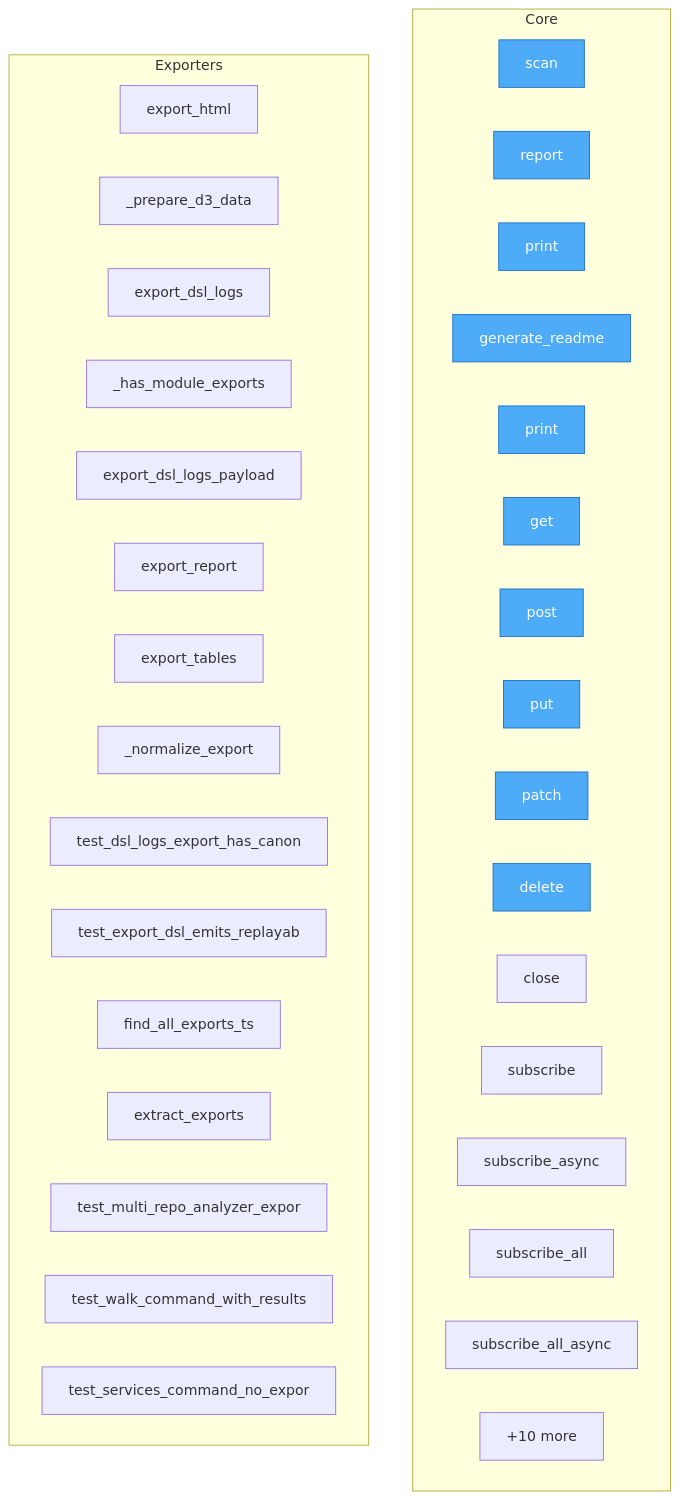
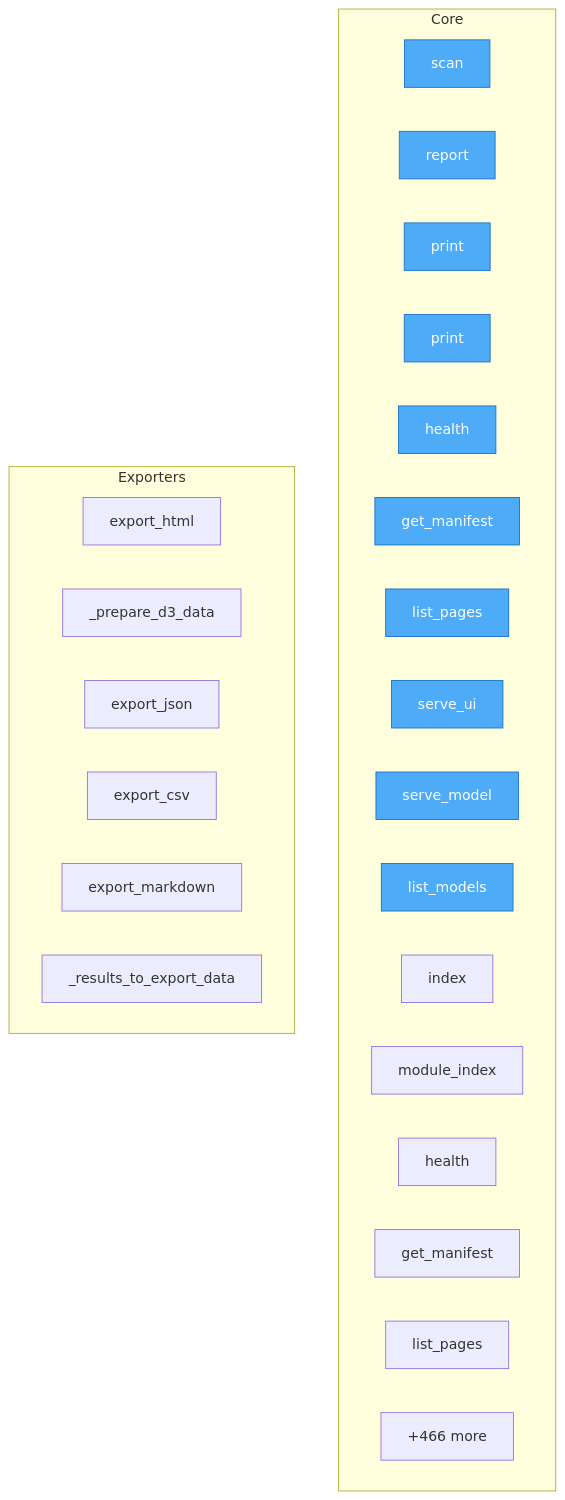
One commit to semcod/resplit changed the diagram in project/flow.mmd. Above: the diagram before and after it, drawn with Mermaid. The commit also changed 38 other files, not shown here.

```diff
--- a/project/flow.mmd
+++ b/project/flow.mmd
@@ -1,45 +1,35 @@
 flowchart TD
-%% generated in 0.03s
+%% generated in 0.01s
 
     %% Entry points (blue)
     classDef entry fill:#4dabf7,stroke:#1971c2,color:#fff
 
     subgraph Core
         docs__guide__plugins__scan["scan"]
         docs__guide__plugins__report["report"]
         docs__guide__plugins__print["print"]
-        docs__README__generate_readme["generate_readme"]
         docs__getting_started__configuration__print["print"]
-        rebuild__infrastructure__http_adapter__HttpAdapter__get["get"]
-        rebuild__infrastructure__http_adapter__HttpAdapter__post["post"]
-        rebuild__infrastructure__http_adapter__HttpAdapter__put["put"]
-        rebuild__infrastructure__http_adapter__HttpAdapter__patch["patch"]
-        rebuild__infrastructure__http_adapter__HttpAdapter__delete["delete"]
-        rebuild__infrastructure__http_adapter__HttpAdapter__close["close"]
-        rebuild__infrastructure__event_bus__EventBus__subscribe["subscribe"]
-        rebuild__infrastructure__event_bus__EventBus__subscribe_async["subscribe_async"]
-        rebuild__infrastructure__event_bus__EventBus__subscribe_all["subscribe_all"]
-        rebuild__infrastructure__event_bus__EventBus__subscribe_all_async["subscribe_all_async"]
-        ...["+3582 more"]
+        restored_c2004_health__api_health__backend__modules__connect_config_network__api__main__health["health"]
+        restored_c2004_health__api_health__backend__modules__connect_config_network__api__main__get_manifest["get_manifest"]
+        restored_c2004_health__api_health__backend__modules__connect_config_network__api__main__list_pages["list_pages"]
+        restored_c2004_health__api_health__backend__modules__connect_config_network__api__main__serve_ui["serve_ui"]
+        restored_c2004_health__api_health__backend__modules__connect_config_network__api__main__serve_model["serve_model"]
+        restored_c2004_health__api_health__backend__modules__connect_config_network__api__main__list_models["list_models"]
+        restored_c2004_health__api_health__backend__modules__connect_config_network__api__main__index["index"]
+        restored_c2004_health__api_health__backend__modules__connect_config_network__api__main__module_index["module_index"]
+        restored_c2004_health__api_health__backend__modules__connect_id_user_list__api__main__health["health"]
+        restored_c2004_health__api_health__backend__modules__connect_id_user_list__api__main__get_manifest["get_manifest"]
+        restored_c2004_health__api_health__backend__modules__connect_id_user_list__api__main__list_pages["list_pages"]
+        ...["+466 more"]
     end
 
     subgraph Exporters
         rebuild__analysis__graph_exporter__GraphExporter__export_html["export_html"]
         rebuild__analysis__graph_exporter__GraphExporter___prepare_d3_data["_prepare_d3_data"]
-        SUMD__export_dsl_logs["export_dsl_logs"]
-        SUMD___has_module_exports["_has_module_exports"]
-        SUMD__export_dsl_logs_payload["export_dsl_logs_payload"]
-        SUMD__export_report["export_report"]
-        SUMD__export_tables["export_tables"]
-        SUMD___normalize_export["_normalize_export"]
-        SUMD__test_dsl_logs_export_has_canonical_logs_route_and_dsl_alias["test_dsl_logs_export_has_canon"]
-        SUMD__test_export_dsl_emits_replayable_api_lines_and_comments_unknown_entries["test_export_dsl_emits_replayab"]
-        SUMD__find_all_exports_ts["find_all_exports_ts"]
-        SUMD__extract_exports["extract_exports"]
-        SUMD__test_multi_repo_analyzer_export_json["test_multi_repo_analyzer_expor"]
-        SUMD__test_walk_command_with_results_generates_exports["test_walk_command_with_results"]
-        SUMD__test_services_command_no_export["test_services_command_no_expor"]
-        ...["+10 more"]
+        rebuild__analysis__service_graph__MultiRepoAnalyzer__export_json["export_json"]
+        rebuild__application__services__reporting__reporter__ReporterService__export_csv["export_csv"]
+        rebuild__application__services__reporting__reporter__ReporterService__export_markdown["export_markdown"]
+        rebuild__application__services__reporting__reporter__ReporterService___results_to_export_data["_results_to_export_data"]
     end
 
-    class docs__guide__plugins__scan,docs__guide__plugins__report,docs__guide__plugins__print,docs__README__generate_readme,docs__getting_started__configuration__print,rebuild__infrastructure__http_adapter__HttpAdapter__get,rebuild__infrastructure__http_adapter__HttpAdapter__post,rebuild__infrastructure__http_adapter__HttpAdapter__put,rebuild__infrastructure__http_adapter__HttpAdapter__patch,rebuild__infrastructure__http_adapter__HttpAdapter__delete entry
+    class docs__guide__plugins__scan,docs__guide__plugins__report,docs__guide__plugins__print,docs__getting_started__configuration__print,restored_c2004_health__api_health__backend__modules__connect_config_network__api__main__health,restored_c2004_health__api_health__backend__modules__connect_config_network__api__main__get_manifest,restored_c2004_health__api_health__backend__modules__connect_config_network__api__main__list_pages,restored_c2004_health__api_health__backend__modules__connect_config_network__api__main__serve_ui,restored_c2004_health__api_health__backend__modules__connect_config_network__api__main__serve_model,restored_c2004_health__api_health__backend__modules__connect_config_network__api__main__list_models entry
```
